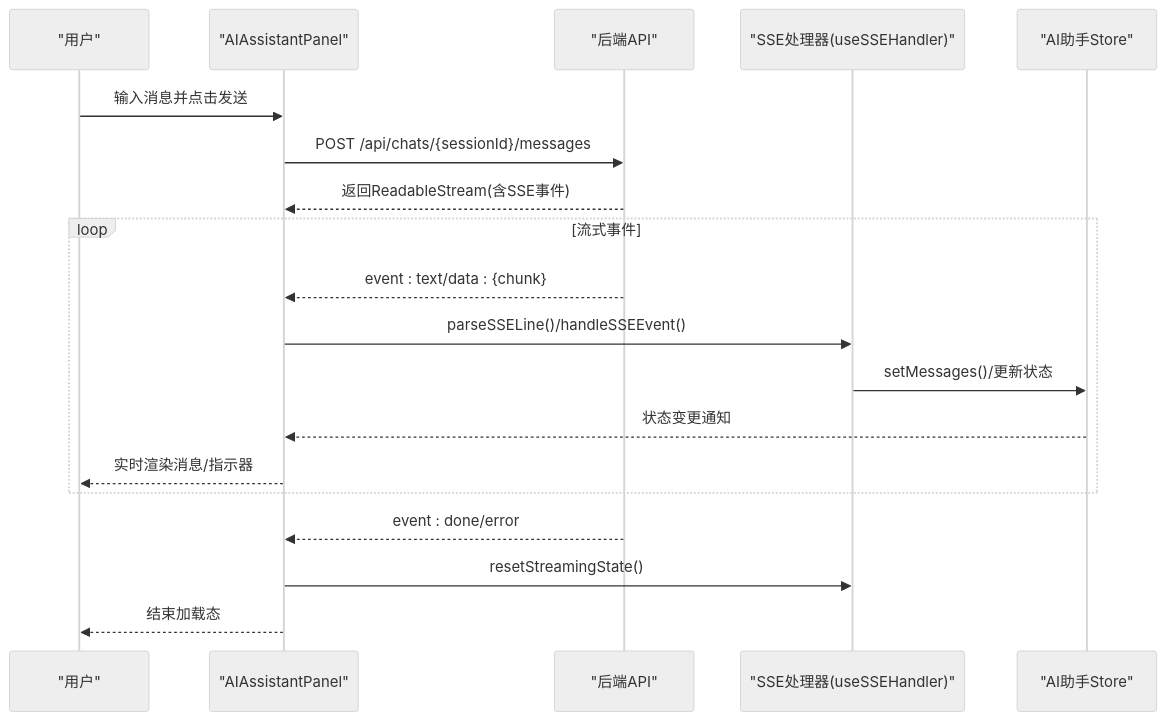
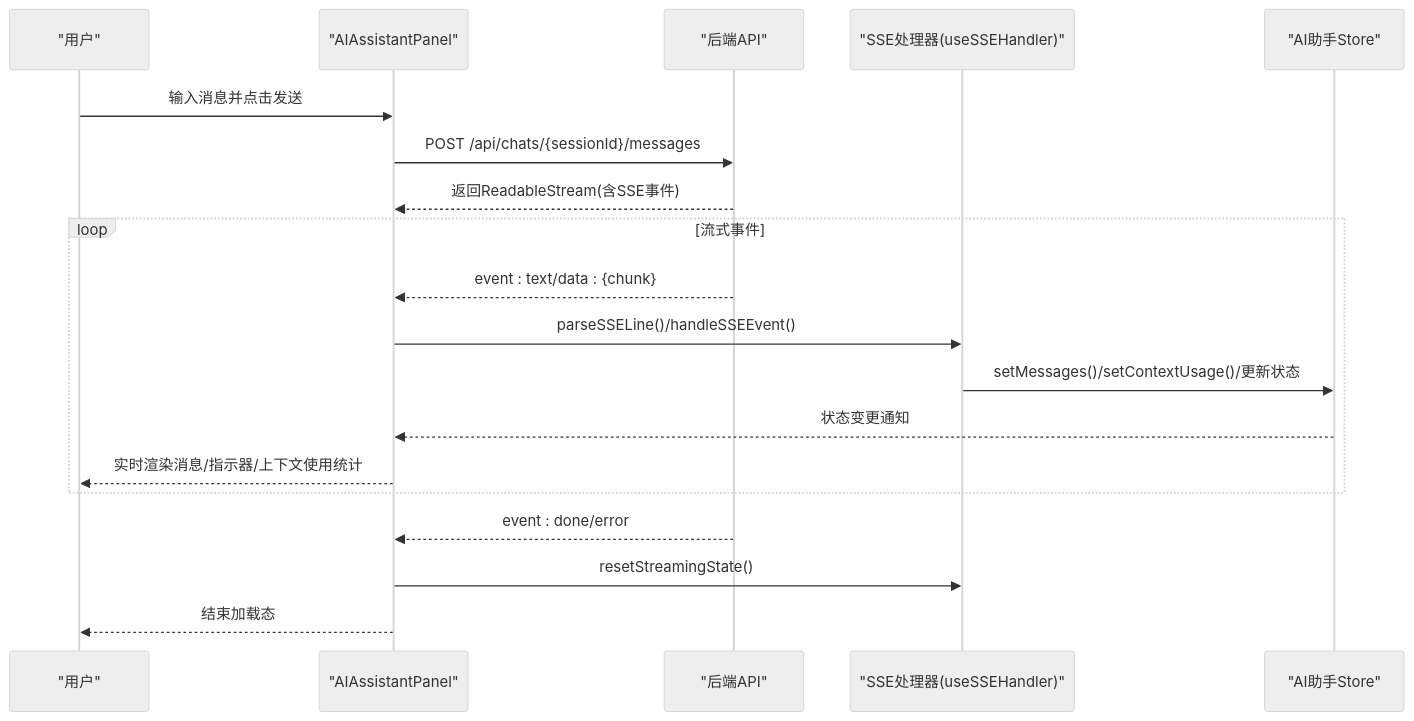
Before and after one commit to KunLabAI/KunFlix: the second of 8 diagrams in .qoder/repowiki/zh/content/前端应用架构/UI组件库/AI助手组件.md, drawn with Mermaid (neutral theme). The commit also changed other lines of this file and 9 other files, not shown here.

````diff
--- a/.qoder/repowiki/zh/content/前端应用架构/UI组件库/AI助手组件.md
+++ b/.qoder/repowiki/zh/content/前端应用架构/UI组件库/AI助手组件.md
@@ -126,21 +133,21 @@
 ```mermaid
 sequenceDiagram
 participant U as "用户"
 participant P as "AIAssistantPanel"
 participant API as "后端API"
 participant SSE as "SSE处理器(useSSEHandler)"
 participant S as "AI助手Store"
 U->>P : 输入消息并点击发送
 P->>API : POST /api/chats/{sessionId}/messages
 API-->>P : 返回ReadableStream(含SSE事件)
 loop 流式事件
 API-->>P : event : text/data : {chunk}
 P->>SSE : parseSSELine()/handleSSEEvent()
-SSE->>S : setMessages()/更新状态
+SSE->>S : setMessages()/setContextUsage()/更新状态
 S-->>P : 状态变更通知
-P-->>U : 实时渲染消息/指示器
+P-->>U : 实时渲染消息/指示器/上下文使用统计
 end
 API-->>P : event : done/error
 P->>SSE : resetStreamingState()
 P-->>U : 结束加载态
 ```
````
